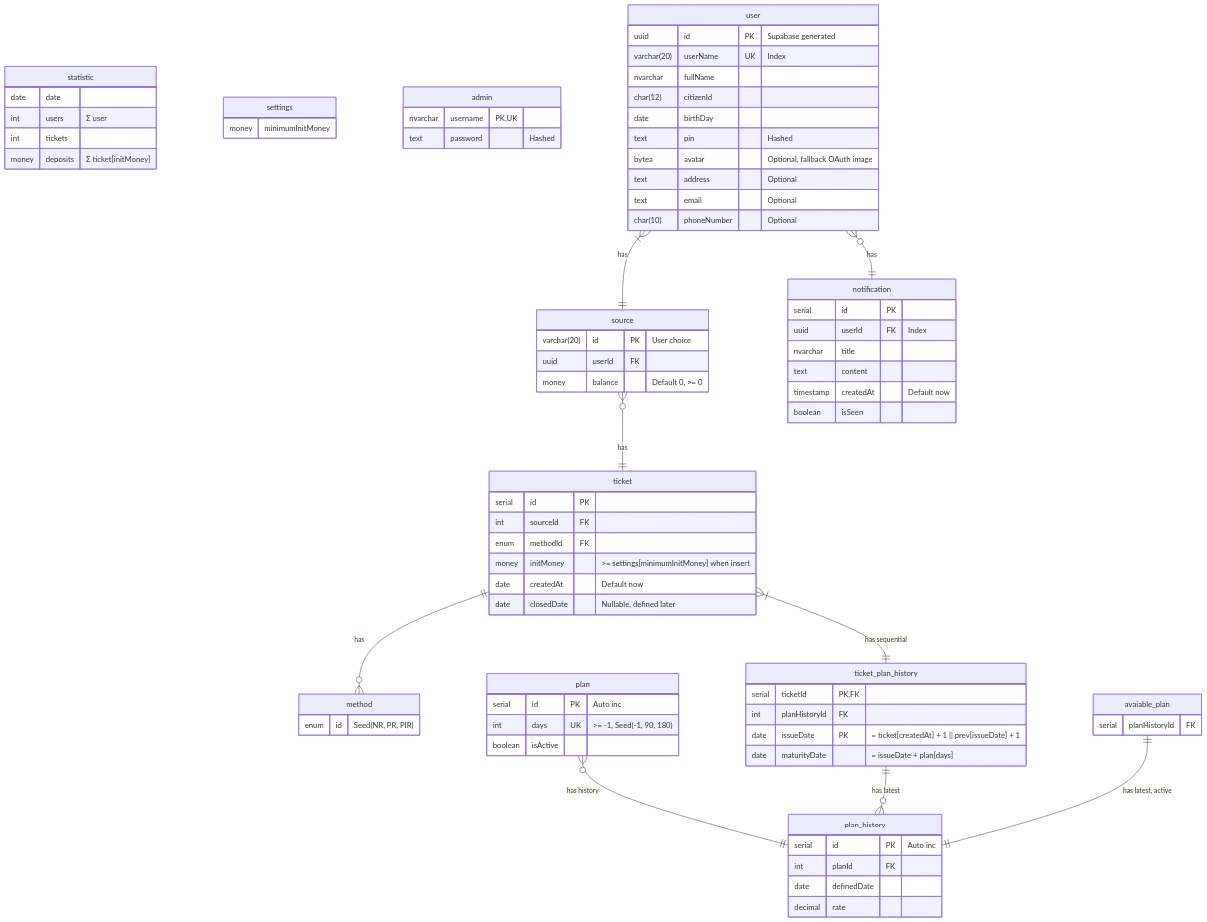
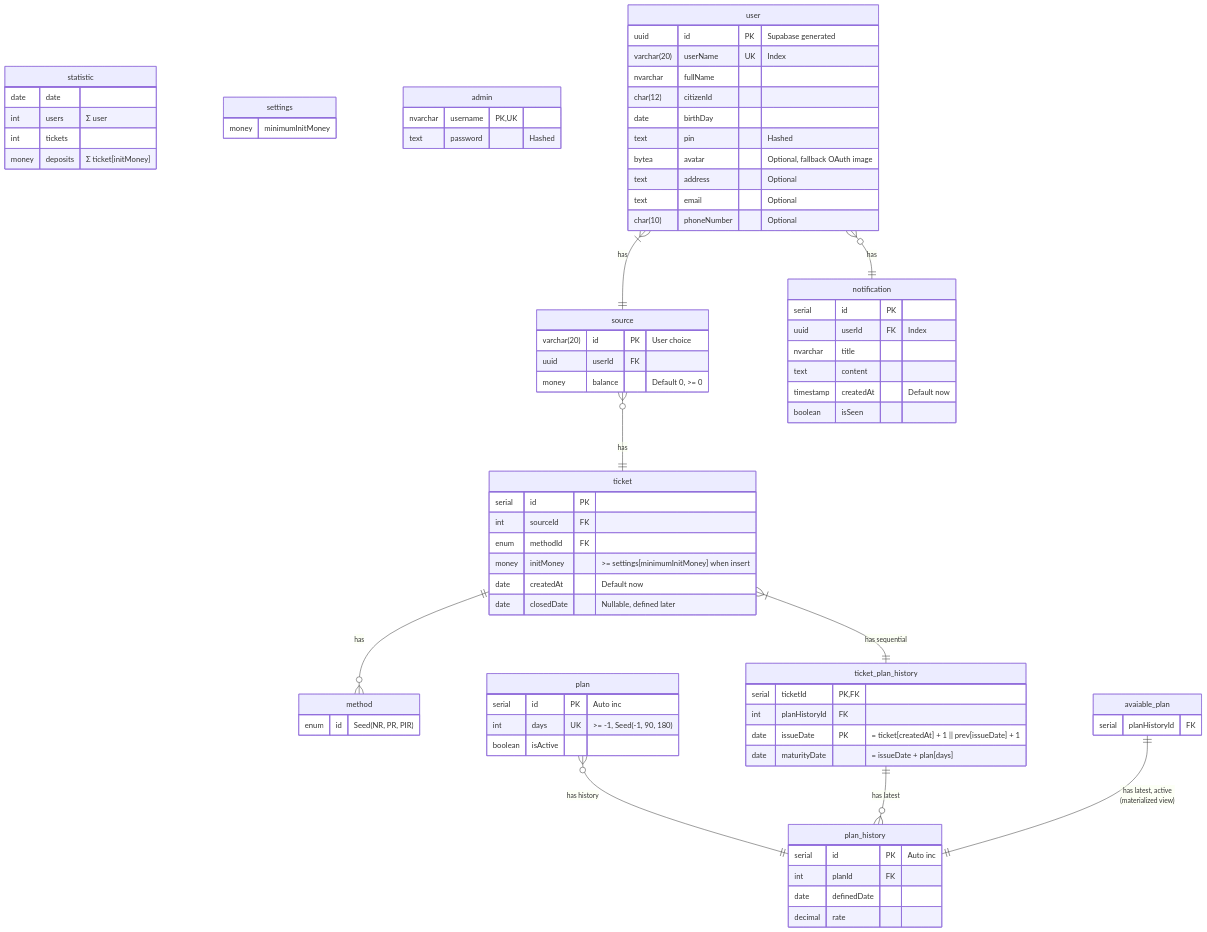
One commit to coinhub-uit/coinhub-uit.github.io changed the diagram in docs/diagrams/database.md. Above: the diagram before and after it, drawn with Mermaid. The commit also changed other lines of this file, not shown here.

````diff
--- a/docs/diagrams/database.md
+++ b/docs/diagrams/database.md
@@ -42,7 +42,6 @@
   }
 
   method {
-    %% Non-renewal, principal rollover, principal & interest rollover
     enum id "Seed(NR, PR, PIR)"
   }
 
@@ -97,5 +96,5 @@
   ticket }|--|| ticket_plan_history : "has sequential"
   plan }o--|| plan_history : "has history"
   ticket_plan_history ||--}o plan_history : "has latest"
-  avaiable_plan ||--|| plan_history : "has latest, active"
+  avaiable_plan ||--|| plan_history : "has latest, active<br />(materialized view)"
 ```
````
